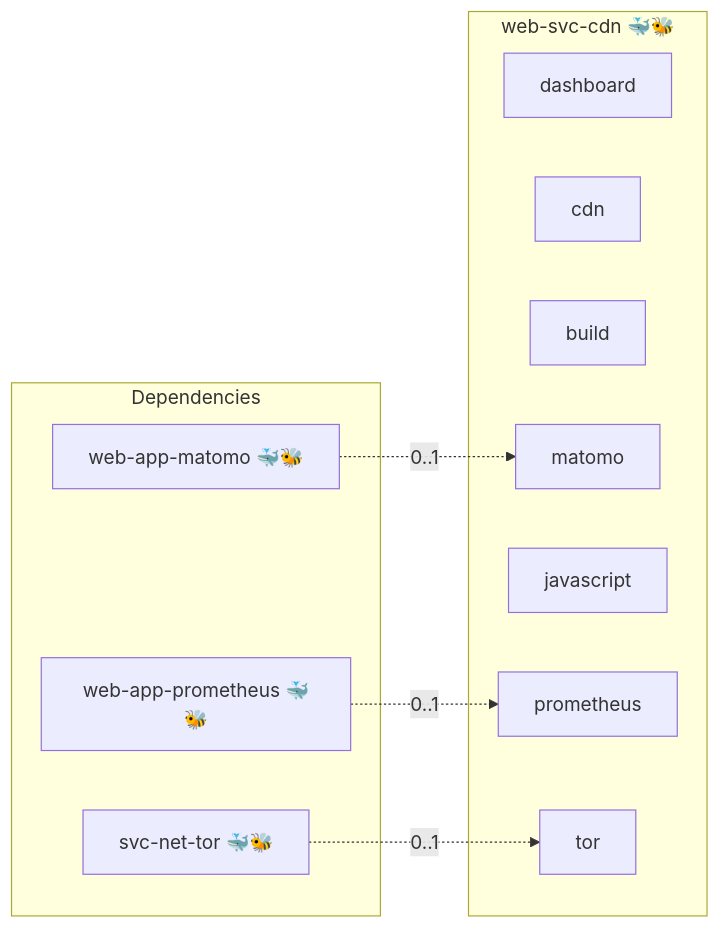
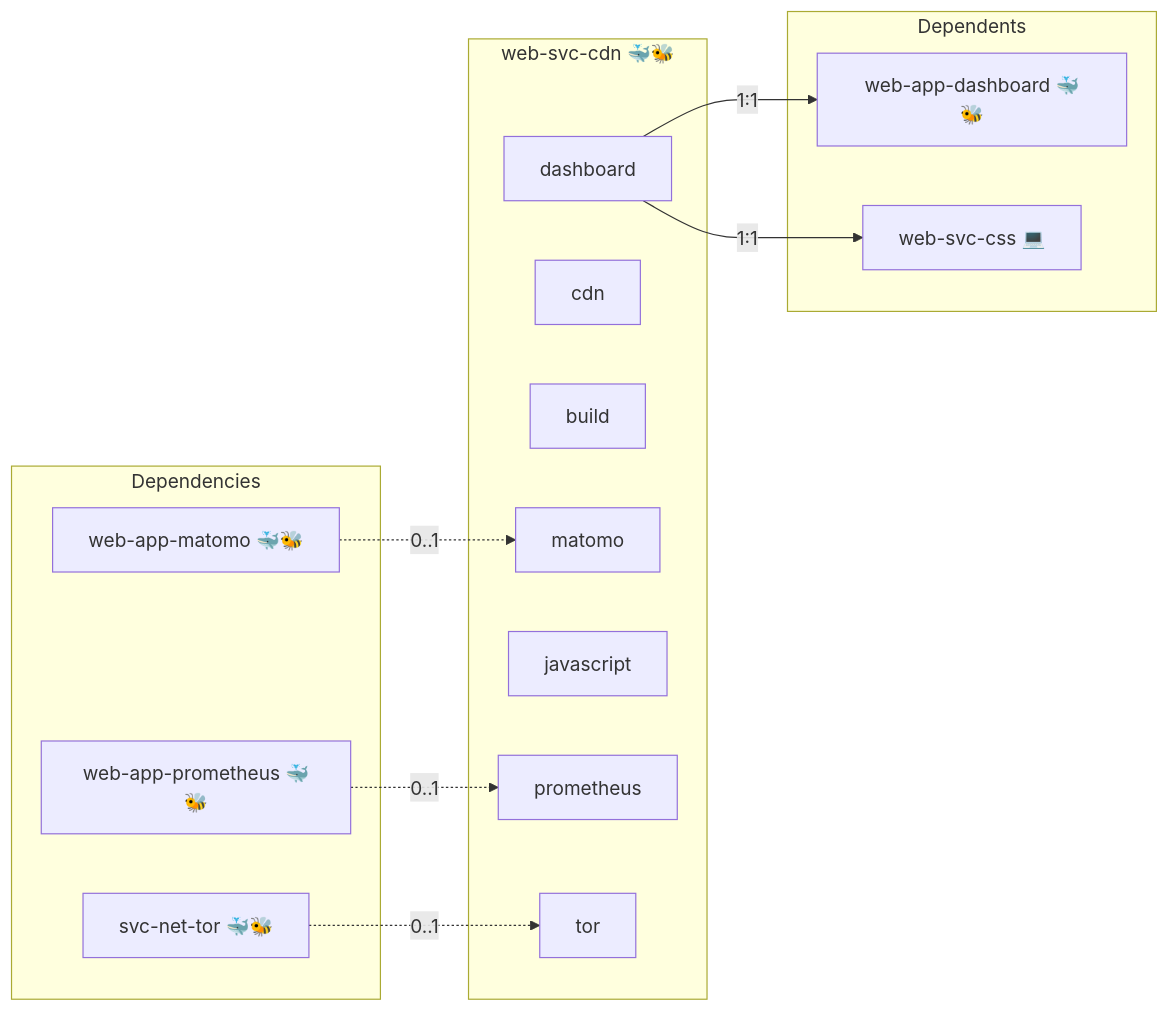
Before and after one commit to AlejandroRomanIbanez/infinito-nexus: the diagram in roles/web-svc-cdn/README.md, drawn with Mermaid. The commit also changed other lines of this file and 256 other files, not shown here.

````diff
--- a/roles/web-svc-cdn/README.md
+++ b/roles/web-svc-cdn/README.md
@@ -17,20 +17,26 @@
 ```mermaid
 flowchart LR
     subgraph deps [Dependencies]
         dep_svc_net_tor["svc-net-tor 🐳🐝"]
         dep_web_app_matomo["web-app-matomo 🐳🐝"]
         dep_web_app_prometheus["web-app-prometheus 🐳🐝"]
     end
     subgraph role [web-svc-cdn 🐳🐝]
         svc_dashboard["dashboard"]
         svc_cdn["cdn"]
         svc_build["build"]
         svc_matomo["matomo"]
         svc_javascript["javascript"]
         svc_prometheus["prometheus"]
         svc_tor["tor"]
     end
+    subgraph dependents [Dependents]
+        dpt_web_app_dashboard["web-app-dashboard 🐳🐝"]
+        dpt_web_svc_css["web-svc-css 💻"]
+    end
     dep_svc_net_tor -. "0..1" .-> svc_tor
     dep_web_app_matomo -. "0..1" .-> svc_matomo
     dep_web_app_prometheus -. "0..1" .-> svc_prometheus
+    svc_dashboard -- "1:1" --> dpt_web_app_dashboard
+    svc_dashboard -- "1:1" --> dpt_web_svc_css
 ```
````
